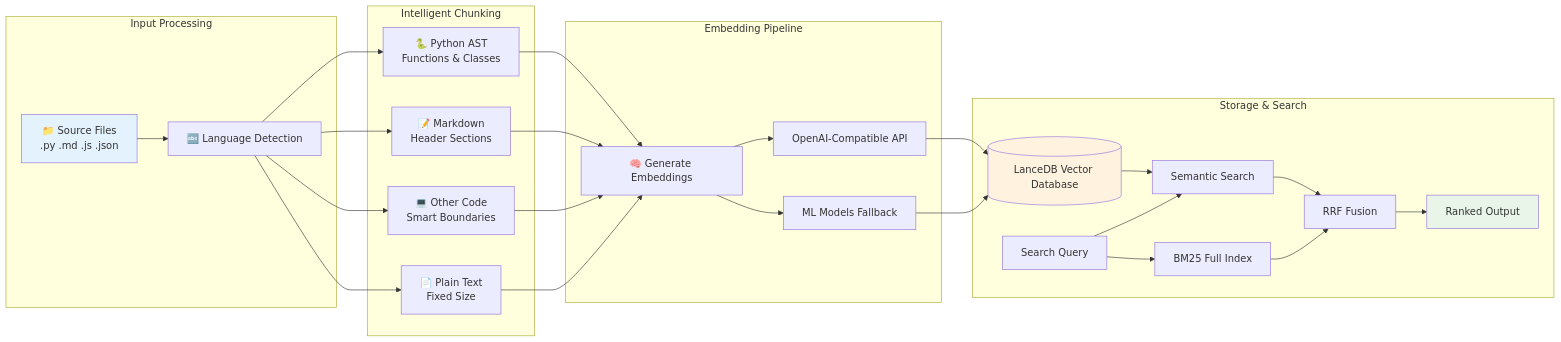
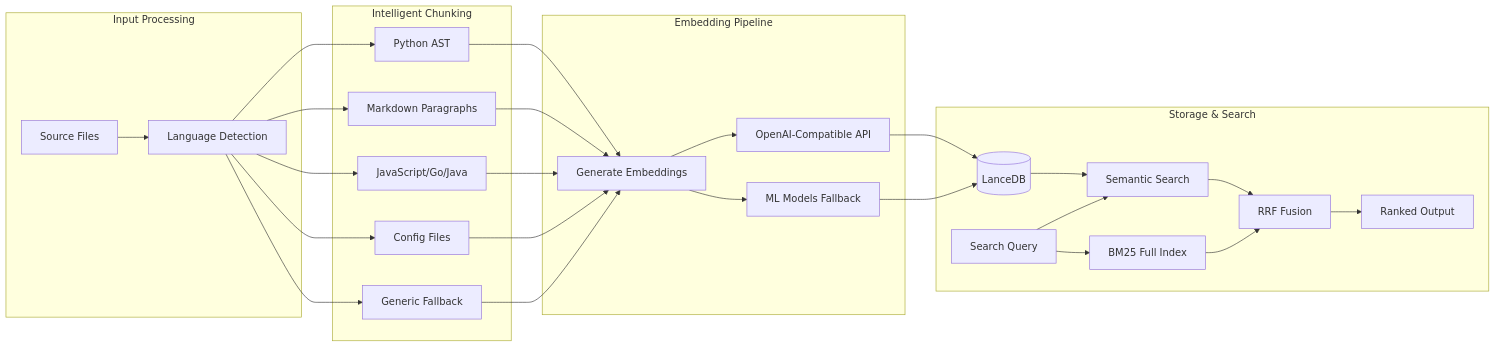
One commit to FSSCoding/Fss-Mini-Rag changed the diagram in docs/TECHNICAL_GUIDE.md. Above: the diagram before and after it, drawn with Mermaid. The commit also changed other lines of this file and 17 other files, not shown here.

````diff
--- a/docs/TECHNICAL_GUIDE.md
+++ b/docs/TECHNICAL_GUIDE.md
@@ -21,42 +22,37 @@
 ```mermaid
 graph LR
     subgraph "Input Processing"
-        Files[📁 Source Files<br/>.py .md .js .json]
-        Language[🔤 Language Detection]
-        Files --> Language
+        Files[Source Files] --> Language[Language Detection]
     end
-    
+
     subgraph "Intelligent Chunking"
-        Language --> Python[🐍 Python AST<br/>Functions & Classes]
-        Language --> Markdown[📝 Markdown<br/>Header Sections]
-        Language --> Code[💻 Other Code<br/>Smart Boundaries]
-        Language --> Text[📄 Plain Text<br/>Fixed Size]
+        Language --> Python[Python AST]
+        Language --> Markdown[Markdown Paragraphs]
+        Language --> JS[JavaScript/Go/Java]
+        Language --> Config[Config Files]
+        Language --> Generic[Generic Fallback]
     end
-    
+
     subgraph "Embedding Pipeline"
-        Python --> Embed[🧠 Generate Embeddings]
+        Python --> Embed[Generate Embeddings]
         Markdown --> Embed
-        Code --> Embed
-        Text --> Embed
-        
+        JS --> Embed
+        Config --> Embed
+        Generic --> Embed
         Embed --> API[OpenAI-Compatible API]
         Embed --> ML[ML Models Fallback]
     end
 
     subgraph "Storage & Search"
-        API --> Store[(LanceDB Vector Database)]
+        API --> Store[(LanceDB)]
         ML --> Store
 
         Query[Search Query] --> Semantic[Semantic Search]
         Query --> BM25[BM25 Full Index]
 
         Store --> Semantic
         Semantic --> RRF[RRF Fusion]
         BM25 --> RRF
         RRF --> Ranked[Ranked Output]
     end
-    
-    style Files fill:#e3f2fd
-    style Store fill:#fff3e0
-    style Ranked fill:#e8f5e8
 ```
````
